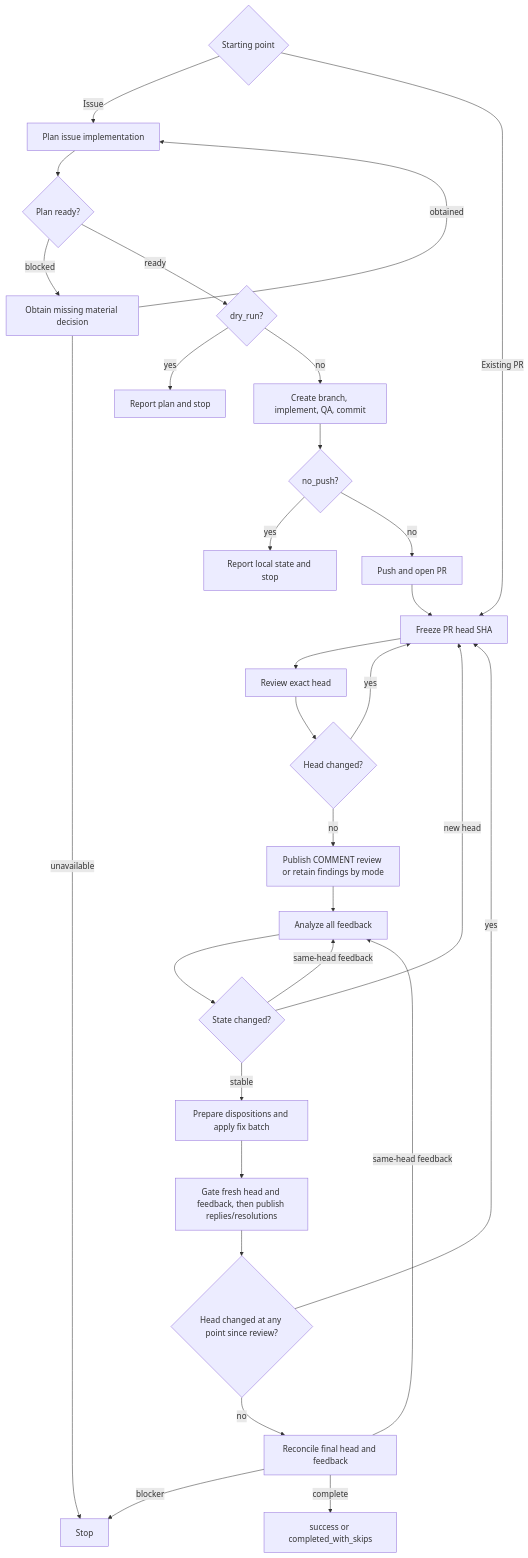
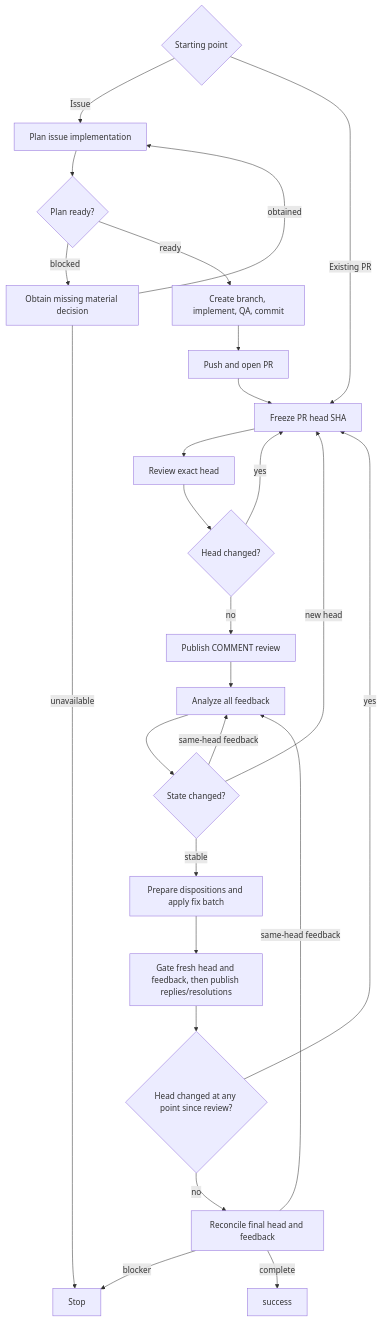
Before and after one commit to dceoy/ai-coding-agent-skills: the diagram in skills/pr-loop/SKILL.md, drawn with Mermaid. The commit also changed other lines of this file, not shown here.

````diff
--- a/skills/pr-loop/SKILL.md
+++ b/skills/pr-loop/SKILL.md
@@ -163,32 +147,28 @@
 ```mermaid
 flowchart TD
   S{Starting point} -->|Issue| P[Plan issue implementation]
   S -->|Existing PR| A
   P --> Q{Plan ready?}
   Q -->|blocked| R[Obtain missing material decision]
   R -->|obtained| P
   R -->|unavailable| K[Stop]
-  Q -->|ready| U{dry_run?}
-  U -->|yes| T[Report plan and stop]
-  U -->|no| M[Create branch, implement, QA, commit]
-  M --> V{no_push?}
-  V -->|yes| W[Report local state and stop]
-  V -->|no| N[Push and open PR]
+  Q -->|ready| M[Create branch, implement, QA, commit]
+  M --> N[Push and open PR]
   N --> A[Freeze PR head SHA]
   A --> B[Review exact head]
   B --> C{Head changed?}
   C -->|yes| A
-  C -->|no| D[Publish COMMENT review or retain findings by mode]
+  C -->|no| D[Publish COMMENT review]
   D --> E[Analyze all feedback]
   E --> F{State changed?}
   F -->|new head| A
   F -->|same-head feedback| E
   F -->|stable| G[Prepare dispositions and apply fix batch]
   G --> H[Gate fresh head and feedback, then publish replies/resolutions]
   H --> I{Head changed at any point since review?}
   I -->|yes| A
   I -->|no| J[Reconcile final head and feedback]
   J -->|same-head feedback| E
   J -->|blocker| K[Stop]
-  J -->|complete| L[success or completed_with_skips]
+  J -->|complete| L[success]
 ```
````
